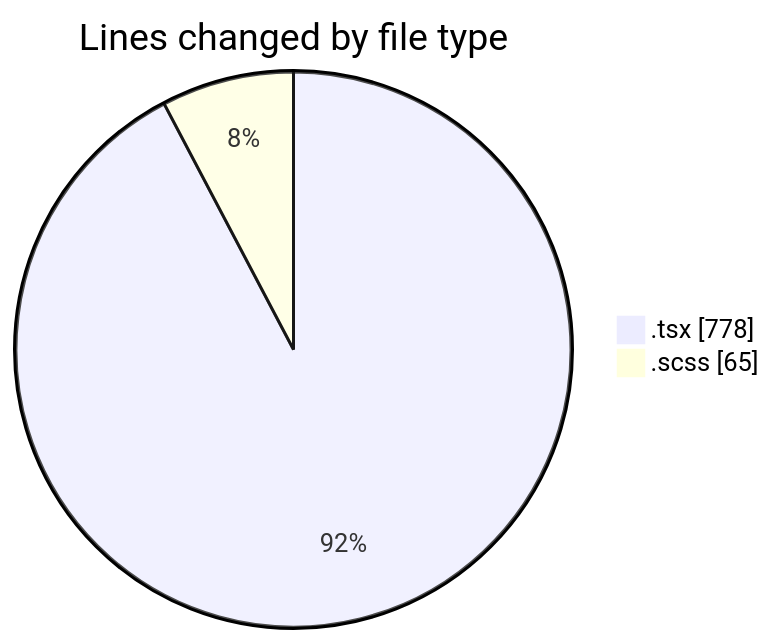
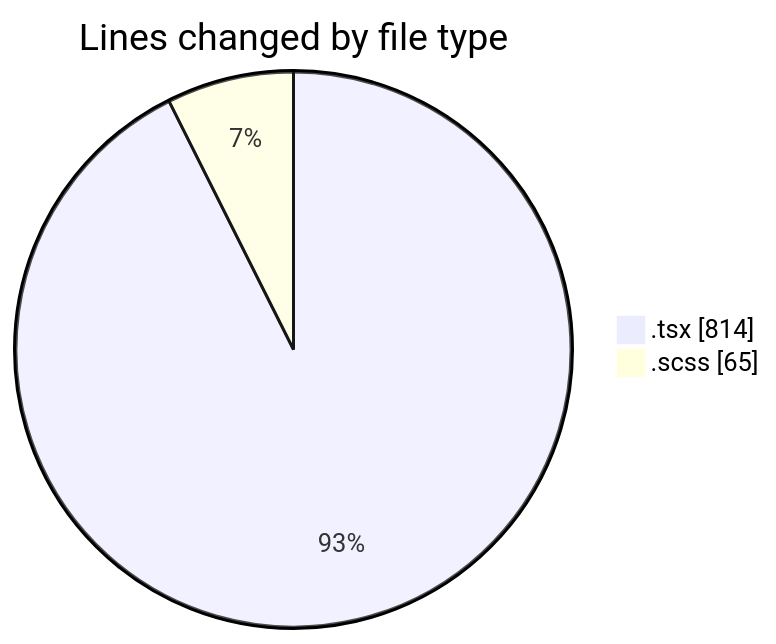
Before and after one commit to momahboobian/code-tracking: the first of 2 diagrams in 2025-04-10/cda/README.md, drawn with Mermaid. The commit also changed other lines of this file and 1 other file, not shown here.

````diff
--- a/2025-04-10/cda/README.md
+++ b/2025-04-10/cda/README.md
@@ -22,6 +22,6 @@
 ```mermaid
 pie showData
 title Lines changed by file type
-".tsx" : 778
+".tsx" : 814
 ".scss" : 65
 ```
````
